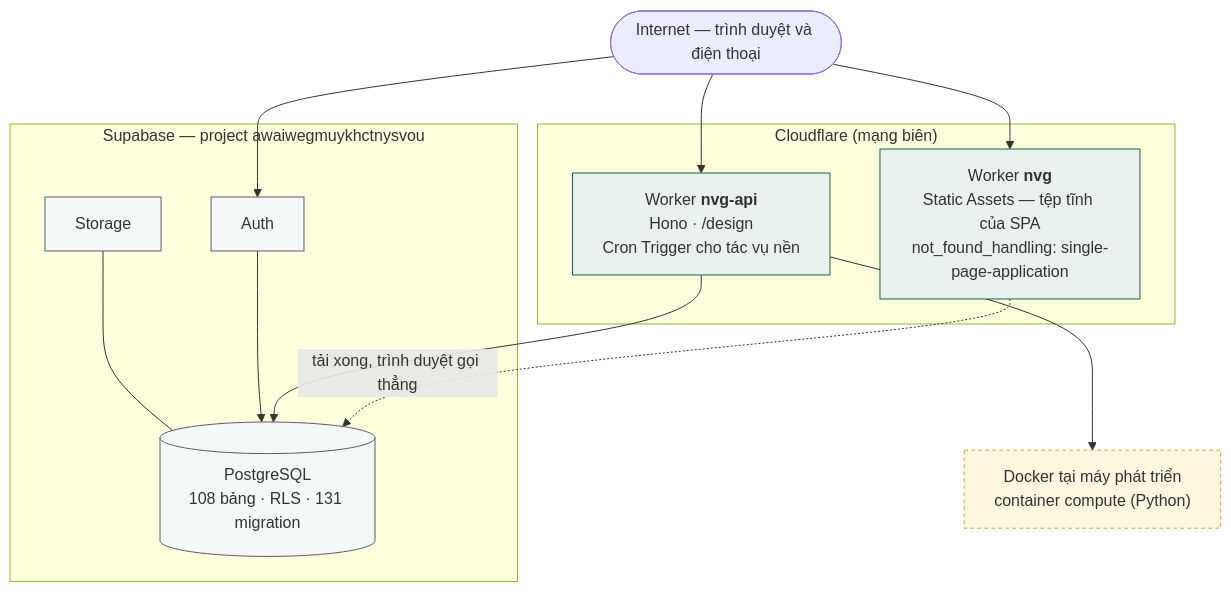
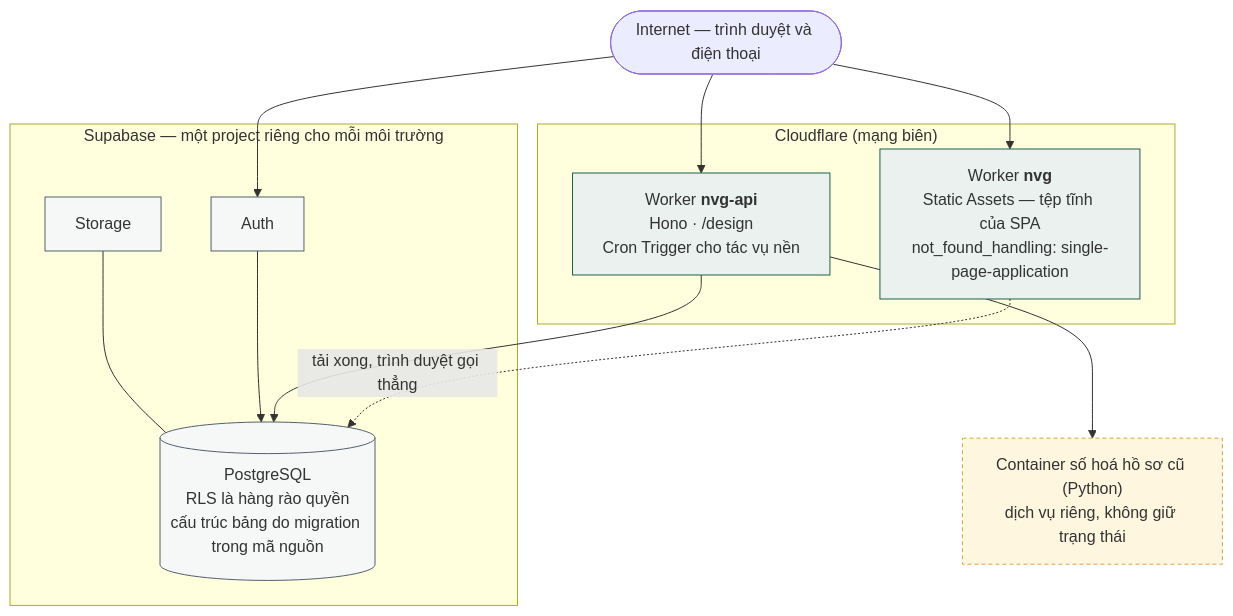
Before and after one commit to dungpv1626/NVG-TEST: the diagram in doc/architecture/diagrams/deployment.mmd, drawn with Mermaid. The commit also changed 72 other files, not shown here.

First line of the commit message:
Tài liệu kiến trúc và sản phẩm: SAD v2, SDD, ERD, API_SPEC, PRD v2.0, SRS v1.0

```diff
--- a/doc/architecture/diagrams/deployment.mmd
+++ b/doc/architecture/diagrams/deployment.mmd
@@ -1,28 +1,28 @@
 graph TD
   classDef edge fill:#EAF1EE,stroke:#1F5F4B;
   classDef data fill:#F6F8F7,stroke:#52606D;
   classDef local fill:#FFF6E0,stroke:#D9A441,stroke-dasharray:4 3;
 
   NET(["Internet — trình duyệt và điện thoại"])
 
   subgraph CF["Cloudflare (mạng biên)"]
     W1["Worker <b>nvg</b><br/>Static Assets — tệp tĩnh của SPA<br/>not_found_handling: single-page-application"]:::edge
     W2["Worker <b>nvg-api</b><br/>Hono · /design<br/>Cron Trigger cho tác vụ nền"]:::edge
   end
 
-  subgraph SB["Supabase — project awaiwegmuykhctnysvou"]
-    PG[("PostgreSQL<br/>108 bảng · RLS · 131 migration")]:::data
+  subgraph SB["Supabase — một project riêng cho mỗi môi trường"]
+    PG[("PostgreSQL<br/>RLS là hàng rào quyền<br/>cấu trúc bảng do migration trong mã nguồn")]:::data
     AU["Auth"]:::data
     ST["Storage"]:::data
   end
 
-  DK["Docker tại máy phát triển<br/>container compute (Python)"]:::local
+  DK["Container số hoá hồ sơ cũ (Python)<br/>dịch vụ riêng, không giữ trạng thái"]:::local
 
   NET --> W1
   NET --> W2
   NET --> AU
   W1 -.->|"tải xong, trình duyệt gọi thẳng"| PG
   W2 --> PG
   W2 --> DK
   AU --> PG
   ST --- PG
```
